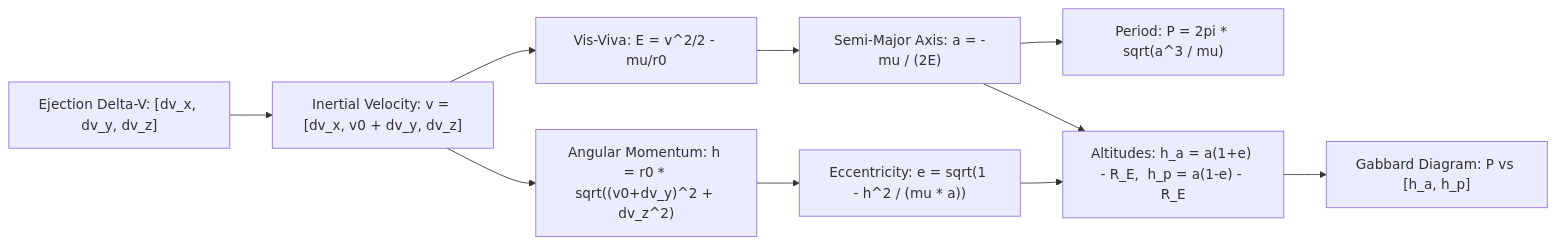
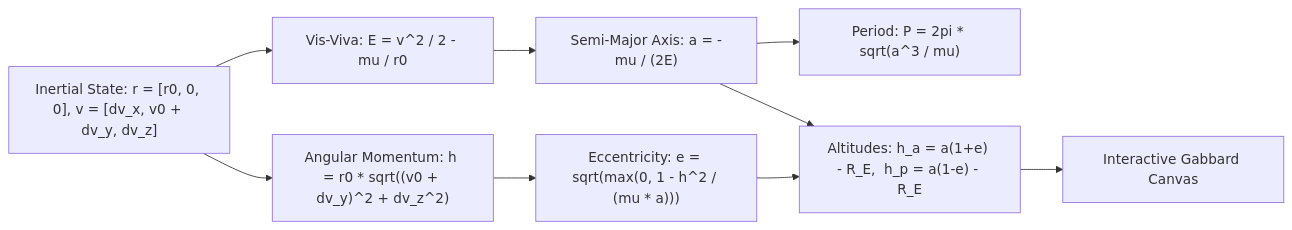
The fifth of 5 diagrams in docs/breakup_model_mathematical_specification.md (tmokazaki/sbm-visualizer), drawn with Mermaid before and after one commit. The commit also changed other lines of this file and 4 other files, not shown here.

````diff
--- a/docs/breakup_model_mathematical_specification.md
+++ b/docs/breakup_model_mathematical_specification.md
@@ -245,12 +354,11 @@
 ```mermaid
 flowchart LR
-    DeltaV["Ejection Delta-V: [dv_x, dv_y, dv_z]"] --> Inertial["Inertial Velocity: v = [dv_x, v0 + dv_y, dv_z]"]
-    Inertial --> VisViva["Vis-Viva: E = v^2/2 - mu/r0"]
-    VisViva --> SemiMajor["Semi-Major Axis: a = -mu / (2E)"]
-    SemiMajor --> Period["Period: P = 2pi * sqrt(a^3 / mu)"]
-    Inertial --> AngMom["Angular Momentum: h = r0 * sqrt((v0+dv_y)^2 + dv_z^2)"]
-    AngMom --> Ecc["Eccentricity: e = sqrt(1 - h^2 / (mu * a))"]
-    SemiMajor --> Altitudes["Altitudes: h_a = a(1+e) - R_E,  h_p = a(1-e) - R_E"]
+    State["Inertial State: r = [r0, 0, 0], v = [dv_x, v0 + dv_y, dv_z]"] --> Energy["Vis-Viva: E = v^2 / 2 - mu / r0"]
+    Energy --> SMA["Semi-Major Axis: a = -mu / (2E)"]
+    SMA --> Period["Period: P = 2pi * sqrt(a^3 / mu)"]
+    State --> AngMom["Angular Momentum: h = r0 * sqrt((v0 + dv_y)^2 + dv_z^2)"]
+    AngMom --> Ecc["Eccentricity: e = sqrt(max(0, 1 - h^2 / (mu * a)))"]
+    SMA --> Altitudes["Altitudes: h_a = a(1+e) - R_E,  h_p = a(1-e) - R_E"]
     Ecc --> Altitudes
-    Altitudes --> Gabbard["Gabbard Diagram: P vs [h_a, h_p]"]
+    Altitudes --> Gabbard["Interactive Gabbard Canvas"]
 ```
````
